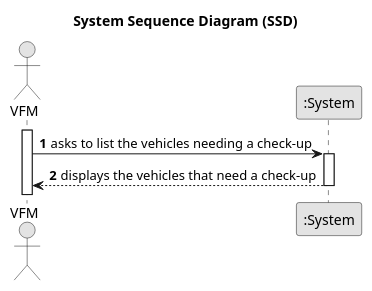
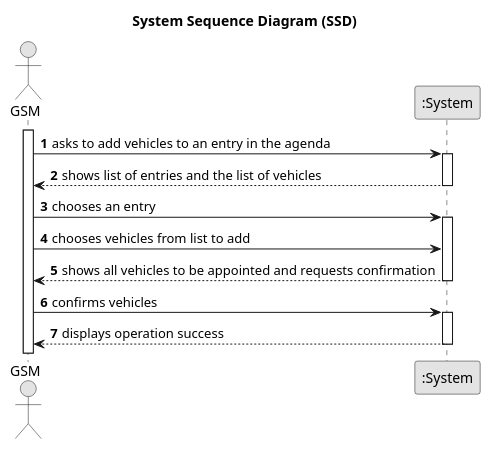
The diagram in docs/sprintC/us026/01.requirements-engineering/puml/us008-system-sequence-diagram.puml (Departamento-de-Engenharia-Informatica/lei-24-s2-1do-g164), drawn with PlantUML before and after one commit.

Commit message:
US026(docs):SD done

```diff
--- a/docs/sprintC/us026/01.requirements-engineering/puml/us008-system-sequence-diagram.puml
+++ b/docs/sprintC/us026/01.requirements-engineering/puml/us008-system-sequence-diagram.puml
@@ -1,22 +1,42 @@
 @startuml
 skinparam monochrome true
 skinparam packageStyle rectangle
 skinparam shadowing false
 
 title System Sequence Diagram (SSD)
 
 autonumber
 
-actor "VFM" as Employee
+actor "GSM" as Employee
 participant ":System" as System
 
 activate Employee
 
-    Employee -> System : asks to list the vehicles needing a check-up
+    Employee -> System : asks to add vehicles to an entry in the agenda
     activate System
 
-        System --> Employee : displays the vehicles that need a check-up
+        System --> Employee :shows list of entries and the list of vehicles
     deactivate System
+
+     Employee -> System : chooses an entry
+        activate System
+
+
+
+         Employee -> System : chooses vehicles from list to add
+
+
+                System --> Employee : shows all vehicles to be appointed and requests confirmation
+            deactivate System
+
+             Employee -> System : confirms vehicles
+                activate System
+
+            System --> Employee : displays operation success
+                deactivate System
+
+
+
 
 
 @enduml
```
